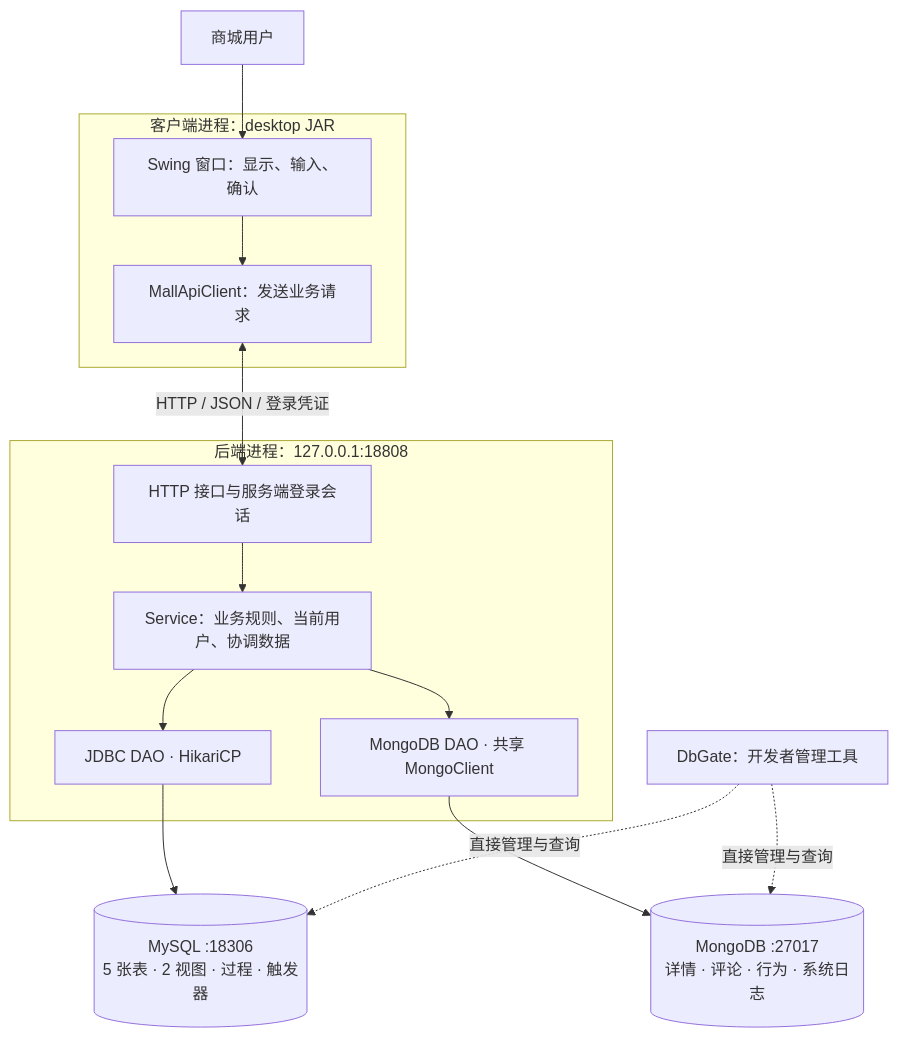
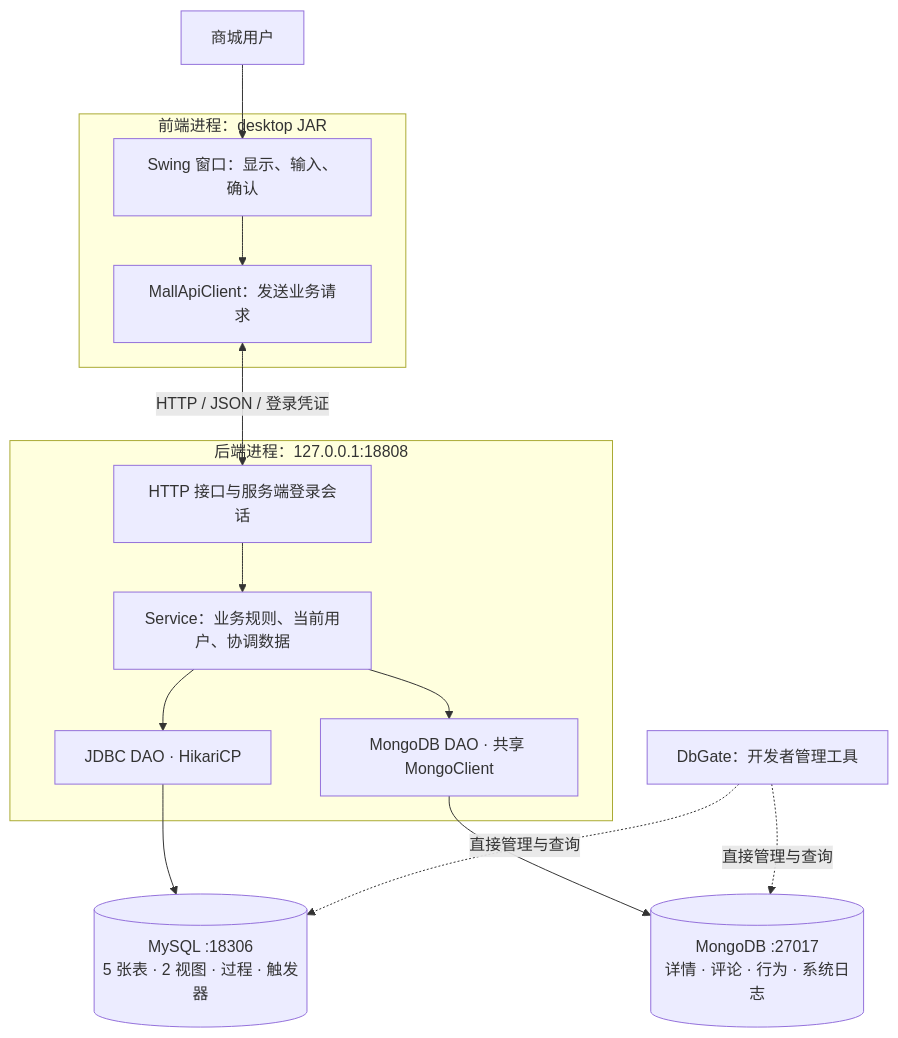
The diagram in README.md (Nisecata1/sports-mall), drawn with Mermaid before and after one commit. The commit also changed other lines of this file and 19 other files, not shown here.

````diff
--- a/README.md
+++ b/README.md
@@ -11,27 +11,27 @@
 ```mermaid
 flowchart TB
   U["商城用户"]
-  subgraph F["客户端进程：desktop JAR"]
+  subgraph F["前端进程：desktop JAR"]
     UI["Swing 窗口：显示、输入、确认"]
     C["MallApiClient：发送业务请求"]
     UI --> C
   end
   subgraph B["后端进程：127.0.0.1:18808"]
     API["HTTP 接口与服务端登录会话"]
     S["Service：业务规则、当前用户、协调数据"]
     SQLDAO["JDBC DAO · HikariCP"]
     MDAO["MongoDB DAO · 共享 MongoClient"]
     API --> S
     S --> SQLDAO
     S --> MDAO
   end
   SQL[("MySQL :18306\n5 张表 · 2 视图 · 过程 · 触发器")]
   MONGO[("MongoDB :27017\n详情 · 评论 · 行为 · 系统日志")]
   TOOL["DbGate：开发者管理工具"]
   U --> UI
   C <-->|"HTTP / JSON / 登录凭证"| API
   SQLDAO --> SQL
   MDAO --> MONGO
   TOOL -. "直接管理与查询" .-> SQL
   TOOL -. "直接管理与查询" .-> MONGO
 ```
````
